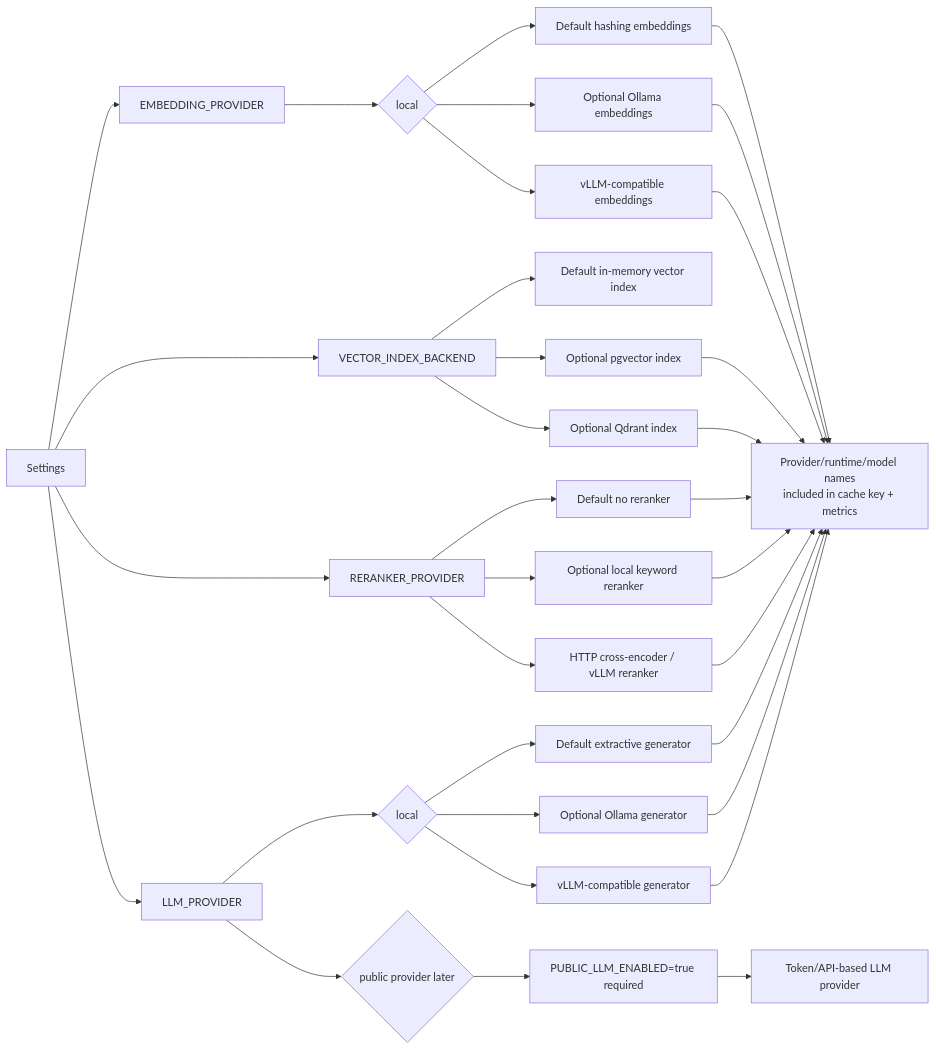
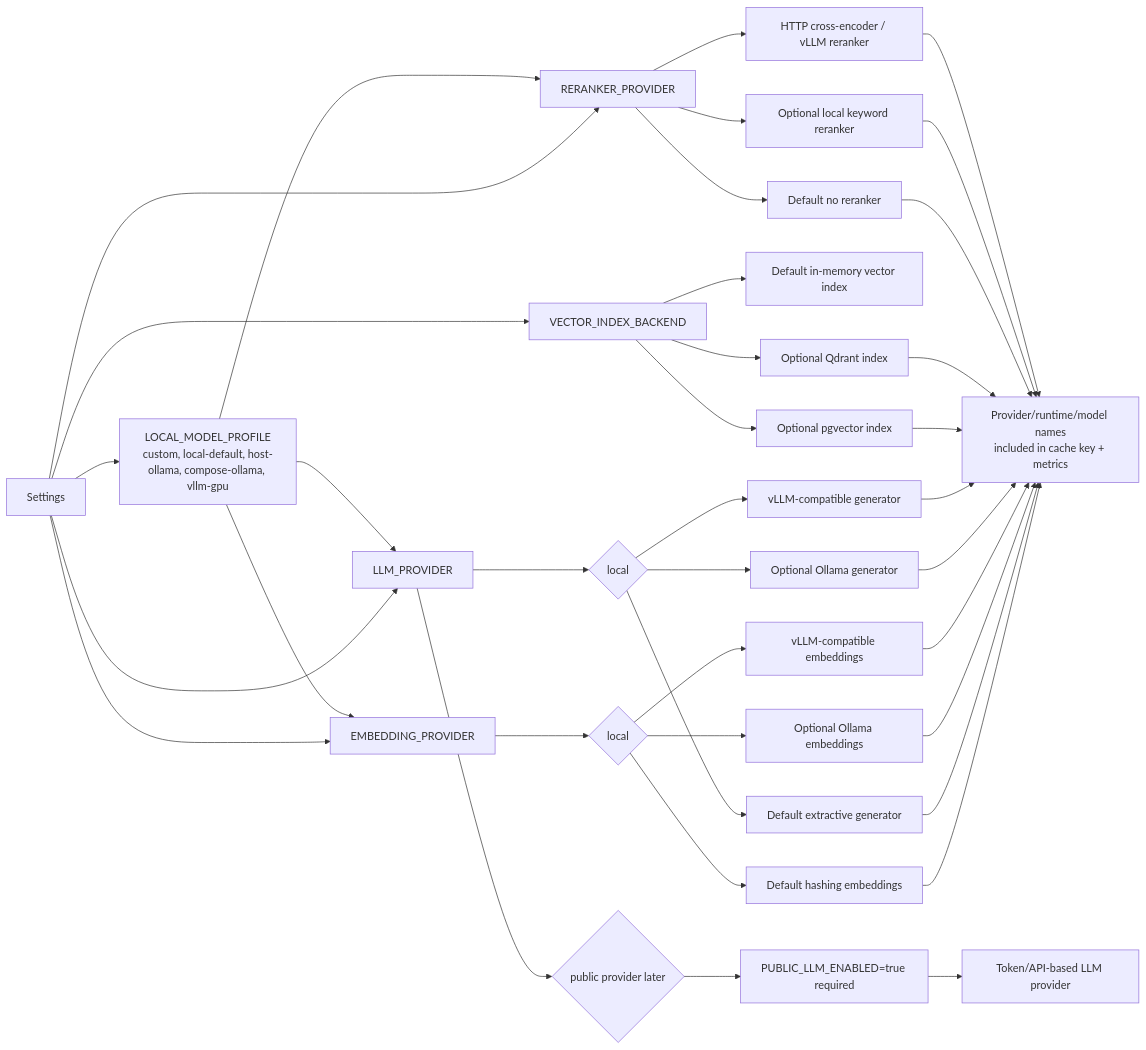
Before and after one commit to lnrdwarampudis-git/rag-saas-docs-ingestion-poc: the seventh of 11 diagrams in docs/flow-diagrams.md, drawn with Mermaid. The commit also changed other lines of this file and 30 other files, not shown here.

Commit message:
Complete ingestion retrieval and local model ops

````diff
--- a/docs/flow-diagrams.md
+++ b/docs/flow-diagrams.md
@@ -195,35 +203,39 @@
 ```mermaid
 flowchart LR
   config["Settings"] --> embeddingProvider["EMBEDDING_PROVIDER"]
+  config --> modelProfile["LOCAL_MODEL_PROFILE<br/>custom, local-default, host-ollama, compose-ollama, vllm-gpu"]
   config --> vectorIndex["VECTOR_INDEX_BACKEND"]
   config --> rerankerProvider["RERANKER_PROVIDER"]
   config --> llmProvider["LLM_PROVIDER"]
+  modelProfile --> embeddingProvider
+  modelProfile --> llmProvider
+  modelProfile --> rerankerProvider
   embeddingProvider --> localEmbedding{"local"}
   localEmbedding --> hashing["Default hashing embeddings"]
   localEmbedding --> ollamaEmbedding["Optional Ollama embeddings"]
   localEmbedding --> vllmEmbedding["vLLM-compatible embeddings"]
   vectorIndex --> memoryIndex["Default in-memory vector index"]
   vectorIndex --> pgvectorIndex["Optional pgvector index"]
   vectorIndex --> qdrantIndex["Optional Qdrant index"]
   rerankerProvider --> noReranker["Default no reranker"]
   rerankerProvider --> keywordReranker["Optional local keyword reranker"]
   rerankerProvider --> httpReranker["HTTP cross-encoder / vLLM reranker"]
   llmProvider --> localLlm{"local"}
   localLlm --> extractive["Default extractive generator"]
   localLlm --> ollamaLlm["Optional Ollama generator"]
   localLlm --> vllmLlm["vLLM-compatible generator"]
   llmProvider --> public{"public provider later"}
   public --> gate["PUBLIC_LLM_ENABLED=true required"]
   gate --> tokenApi["Token/API-based LLM provider"]
   hashing --> cacheKey["Provider/runtime/model names<br/>included in cache key + metrics"]
   extractive --> cacheKey
   ollamaEmbedding --> cacheKey
   vllmEmbedding --> cacheKey
   ollamaLlm --> cacheKey
   vllmLlm --> cacheKey
   pgvectorIndex --> cacheKey
   qdrantIndex --> cacheKey
   noReranker --> cacheKey
   keywordReranker --> cacheKey
   httpReranker --> cacheKey
 ```
````
